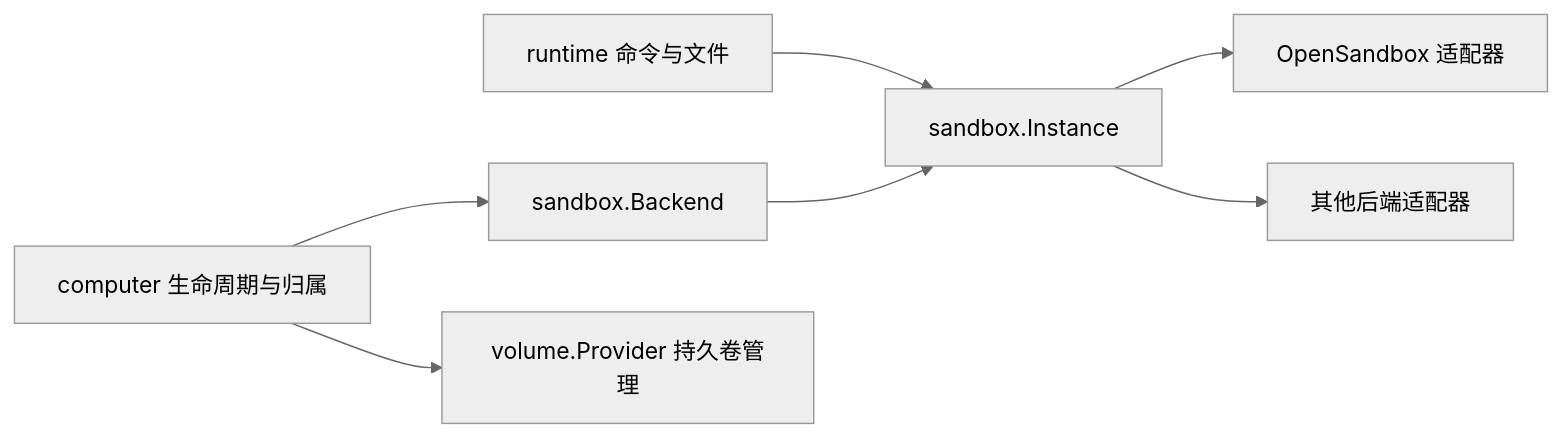
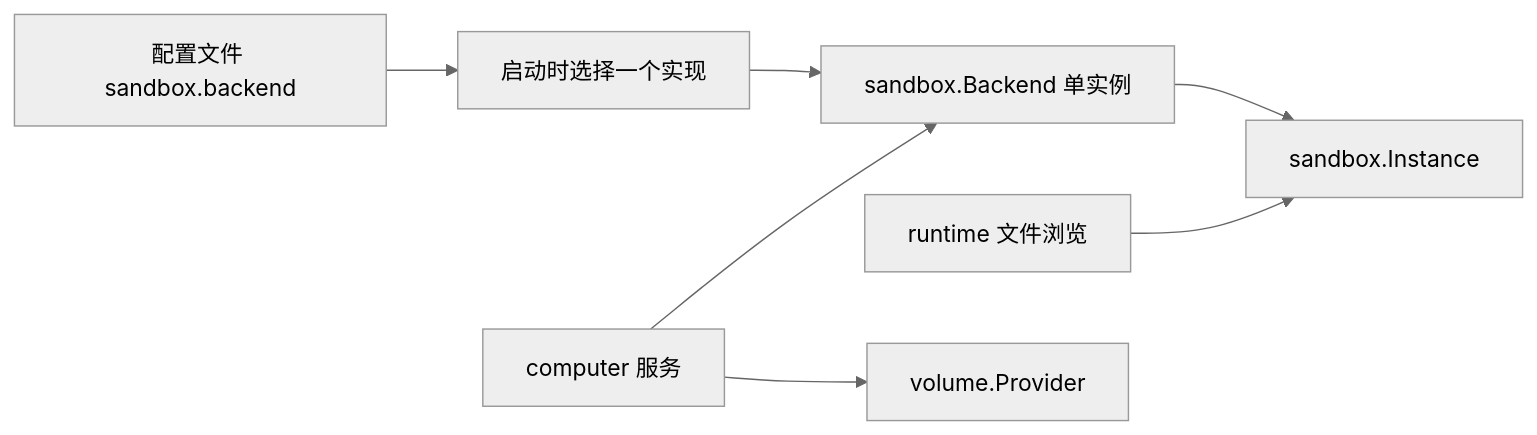
One commit to ravenmk2/wispjar changed the diagram in docs/design/sandbox-backends.md. Above: the diagram before and after it, drawn with Mermaid (neutral theme). The commit also changed other lines of this file and 51 other files, not shown here.

Commit message:
refactor(sandbox): abstract backend and remove backend IDs

````diff
--- a/docs/design/sandbox-backends.md
+++ b/docs/design/sandbox-backends.md
@@ -11,9 +23,9 @@
 ```mermaid
 flowchart LR
-  A[computer 生命周期与归属] --> B[sandbox.Backend]
-  C[runtime 命令与文件] --> D[sandbox.Instance]
-  B --> D
-  D --> E[OpenSandbox 适配器]
-  D --> F[其他后端适配器]
-  A --> G[volume.Provider 持久卷管理]
+  A[配置文件 sandbox.backend] --> B[启动时选择一个实现]
+  B --> C[sandbox.Backend 单实例]
+  D[computer 服务] --> C
+  C --> E[sandbox.Instance]
+  F[runtime 文件浏览] --> E
+  D --> G[volume.Provider]
 ```
````
